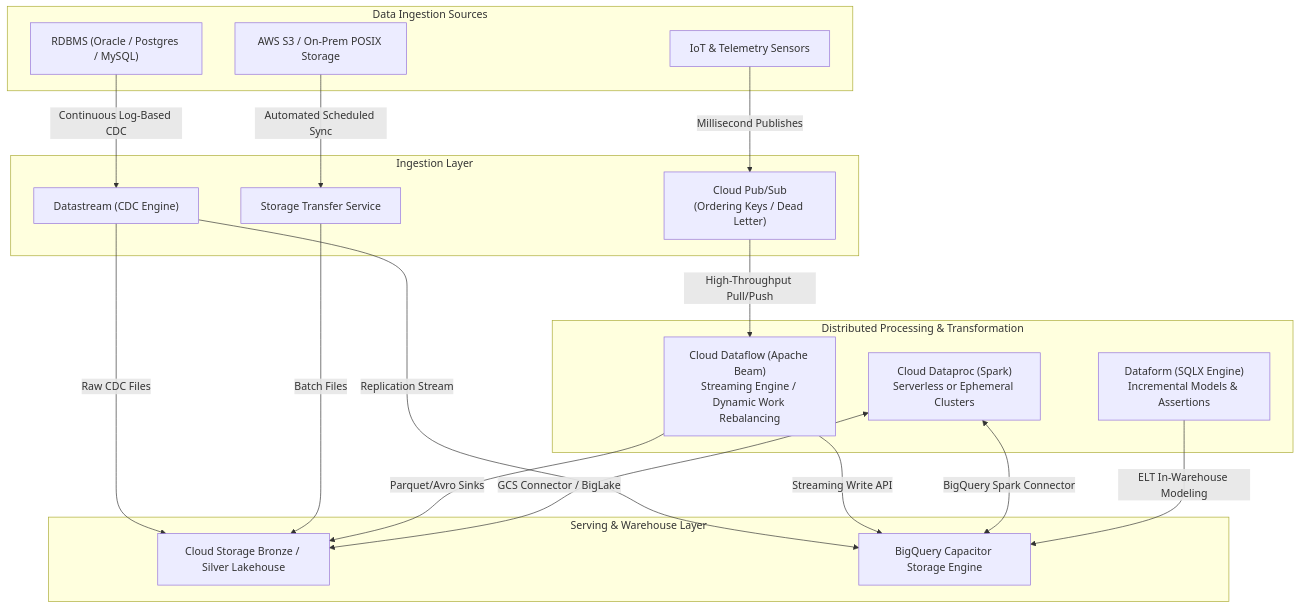
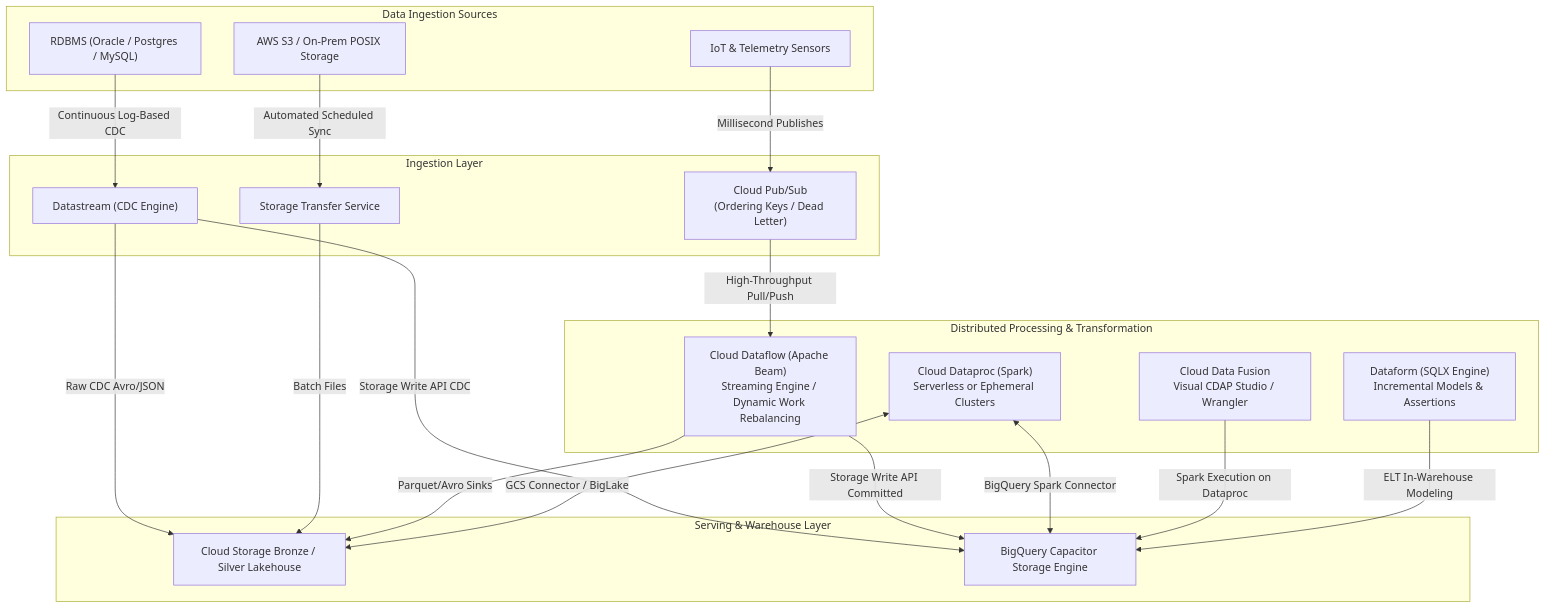
The first of 5 diagrams in 04_phase3_exam_domains/domain_2_ingesting_and_processing_data.md (rohithvishaal/GCP_PDE_Notes), drawn with Mermaid before and after one commit. The commit also changed other lines of this file and 8 other files, not shown here.

````diff
--- a/04_phase3_exam_domains/domain_2_ingesting_and_processing_data.md
+++ b/04_phase3_exam_domains/domain_2_ingesting_and_processing_data.md
@@ -11,40 +11,42 @@
 ```mermaid
 flowchart TD
     subgraph Ingestion_Sources["Data Ingestion Sources"]
         DB["RDBMS (Oracle / Postgres / MySQL)"]
         Sensors["IoT & Telemetry Sensors"]
         ExtCloud["AWS S3 / On-Prem POSIX Storage"]
     end
 
     subgraph Ingestion_Engines["Ingestion Layer"]
         DS["Datastream (CDC Engine)"]
         PS["Cloud Pub/Sub<br/>(Ordering Keys / Dead Letter)"]
         STS["Storage Transfer Service"]
     end
 
     subgraph Processing_Engines["Distributed Processing & Transformation"]
         DF["Cloud Dataflow (Apache Beam)<br/>Streaming Engine / Dynamic Work Rebalancing"]
         DP["Cloud Dataproc (Spark)<br/>Serverless or Ephemeral Clusters"]
         DFORM["Dataform (SQLX Engine)<br/>Incremental Models & Assertions"]
+        CDF["Cloud Data Fusion<br/>Visual CDAP Studio / Wrangler"]
     end
 
     subgraph Sinks_and_Serving["Serving & Warehouse Layer"]
         GCS["Cloud Storage Bronze / Silver Lakehouse"]
         BQ["BigQuery Capacitor Storage Engine"]
     end
 
     DB -->|Continuous Log-Based CDC| DS
     Sensors -->|Millisecond Publishes| PS
     ExtCloud -->|Automated Scheduled Sync| STS
 
-    DS -->|Replication Stream| BQ
-    DS -->|Raw CDC Files| GCS
+    DS -->|Storage Write API CDC| BQ
+    DS -->|Raw CDC Avro/JSON| GCS
     PS -->|High-Throughput Pull/Push| DF
     STS -->|Batch Files| GCS
 
-    DF -->|Streaming Write API| BQ
+    DF -->|Storage Write API Committed| BQ
     DF -->|Parquet/Avro Sinks| GCS
     DP <-->|BigQuery Spark Connector| BQ
     DP <-->|GCS Connector / BigLake| GCS
+    CDF -->|Spark Execution on Dataproc| BQ
     DFORM -->|ELT In-Warehouse Modeling| BQ
 ```
````
